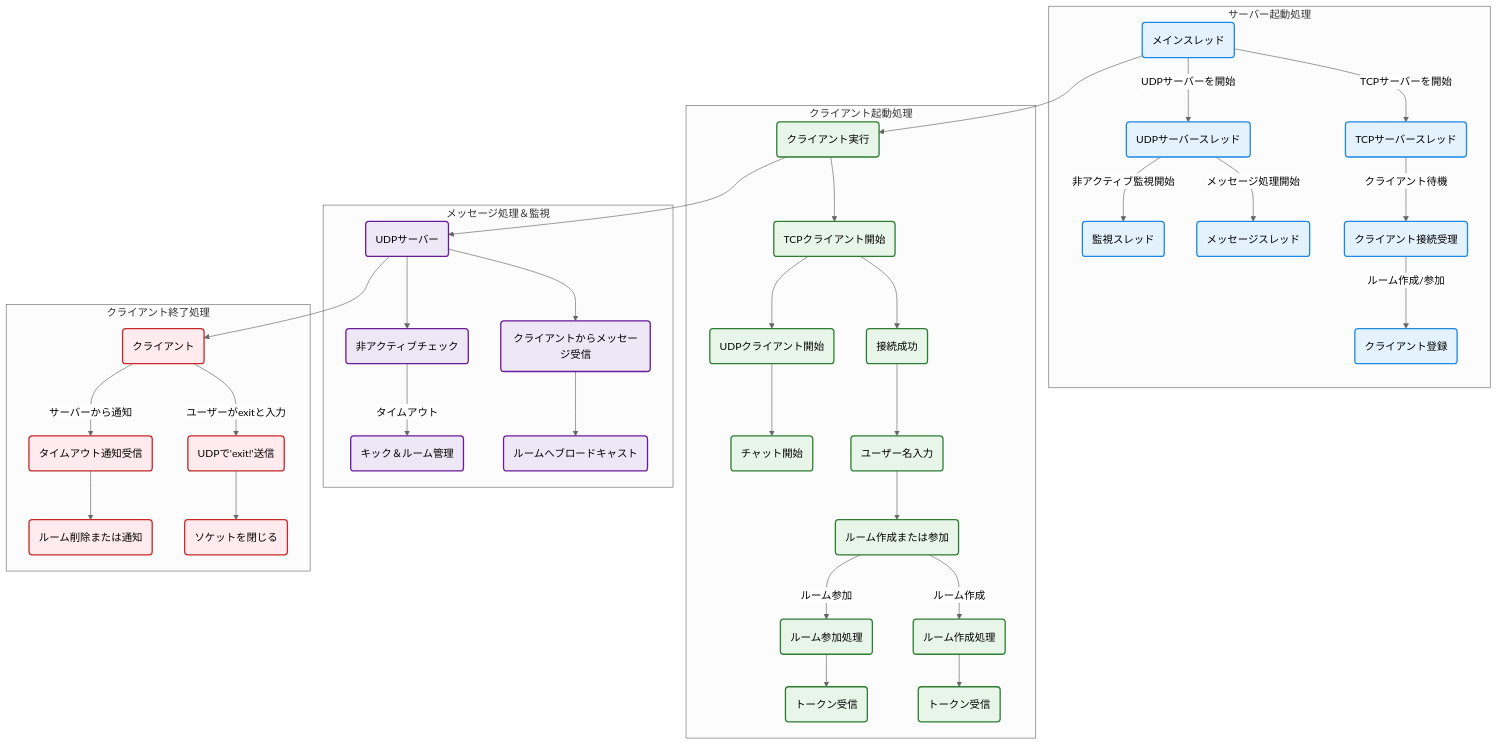
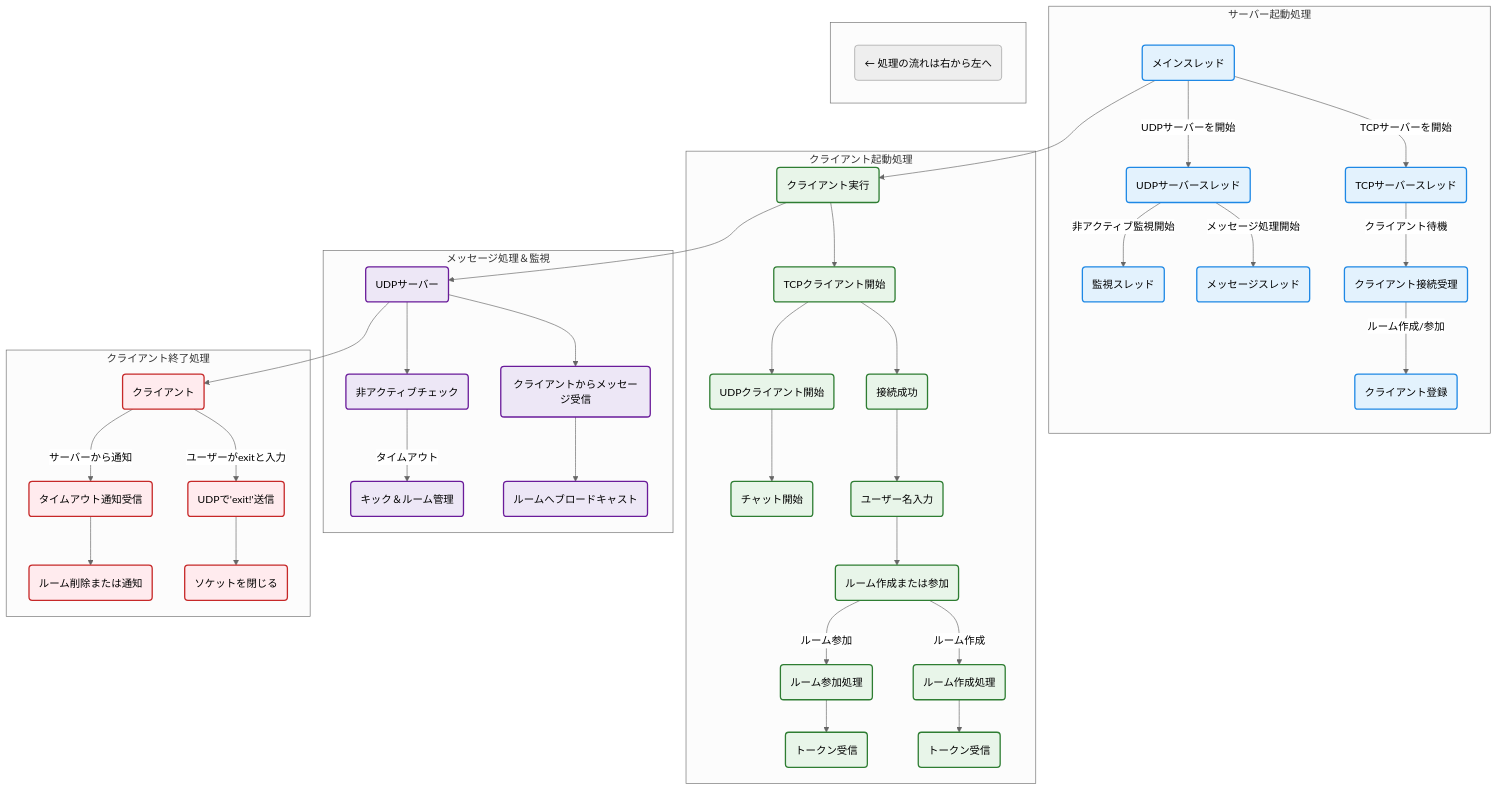
One commit to BackendExplorer/Tenshin changed the first of 4 diagrams in README.md. Above: the diagram before and after it, drawn with Mermaid (neutral theme).

````diff
--- a/README.md
+++ b/README.md
@@ -9,81 +9,88 @@
 
 %% サーバー起動
 subgraph サーバー起動[サーバー起動処理]
-A1(メインスレッド)
-A2(TCPサーバースレッド)
-A3(UDPサーバースレッド)
-A4(クライアント接続受理)
-A5(クライアント登録)
-A6(メッセージスレッド)
-A7(監視スレッド)
+    A1(メインスレッド)
+    A2(TCPサーバースレッド)
+    A3(UDPサーバースレッド)
+    A4(クライアント接続受理)
+    A5(クライアント登録)
+    A6(メッセージスレッド)
+    A7(監視スレッド)
 
-A1 -->|TCPサーバーを開始| A2
-A1 -->|UDPサーバーを開始| A3
-A2 -->|クライアント待機| A4
-A4 -->|ルーム作成/参加| A5
-A3 -->|メッセージ処理開始| A6
-A3 -->|非アクティブ監視開始| A7
+    A1 -->|TCPサーバーを開始| A2
+    A1 -->|UDPサーバーを開始| A3
+    A2 -->|クライアント待機| A4
+    A4 -->|ルーム作成/参加| A5
+    A3 -->|メッセージ処理開始| A6
+    A3 -->|非アクティブ監視開始| A7
 
-class A1,A2,A3,A4,A5,A6,A7 server
+    class A1,A2,A3,A4,A5,A6,A7 server
 end
 
 %% クライアント起動
 subgraph クライアント起動[クライアント起動処理]
-B1(クライアント実行)
-B2(TCPクライアント開始)
-B3(接続成功)
-B4(ユーザー名入力)
-B5(ルーム作成または参加)
-B6(ルーム作成処理)
-B7(トークン受信)
-B8(ルーム参加処理)
-B9(トークン受信)
-B10(UDPクライアント開始)
-B11(チャット開始)
+    B1(クライアント実行)
+    B2(TCPクライアント開始)
+    B3(接続成功)
+    B4(ユーザー名入力)
+    B5(ルーム作成または参加)
+    B6(ルーム作成処理)
+    B7(トークン受信)
+    B8(ルーム参加処理)
+    B9(トークン受信)
+    B10(UDPクライアント開始)
+    B11(チャット開始)
 
-B1 --> B2
-B2 --> B3
-B3 --> B4
-B4 --> B5
-B5 -->|ルーム作成| B6 --> B7
-B5 -->|ルーム参加| B8 --> B9
-B2 --> B10
-B10 --> B11
+    B1 --> B2
+    B2 --> B3
+    B3 --> B4
+    B4 --> B5
+    B5 -->|ルーム作成| B6 --> B7
+    B5 -->|ルーム参加| B8 --> B9
+    B2 --> B10
+    B10 --> B11
 
-class B1,B2,B3,B4,B5,B6,B7,B8,B9,B10,B11 client
+    class B1,B2,B3,B4,B5,B6,B7,B8,B9,B10,B11 client
 end
 
 %% サーバーメッセージ処理
 subgraph サーバーメッセージ処理[メッセージ処理＆監視]
-C1(UDPサーバー)
-C2(クライアントからメッセージ受信)
-C3(ルームへブロードキャスト)
-C4(非アクティブチェック)
-C5(キック＆ルーム管理)
+    C1(UDPサーバー)
+    C2(クライアントからメッセージ受信)
+    C3(ルームへブロードキャスト)
+    C4(非アクティブチェック)
+    C5(キック＆ルーム管理)
 
-C1 --> C2 --> C3
-C1 --> C4 -->|タイムアウト| C5
+    C1 --> C2 --> C3
+    C1 --> C4 -->|タイムアウト| C5
 
-class C1,C2,C3,C4,C5 messaging
+    class C1,C2,C3,C4,C5 messaging
 end
 
 %% クライアント終了
 subgraph クライアント終了[クライアント終了処理]
-D1(クライアント)
-D2(UDPで'exit!'送信)
-D3(ソケットを閉じる)
-D4(タイムアウト通知受信)
-D5(ルーム削除または通知)
+    D1(クライアント)
+    D2(UDPで'exit!'送信)
+    D3(ソケットを閉じる)
+    D4(タイムアウト通知受信)
+    D5(ルーム削除または通知)
 
-D1 -->|ユーザーがexitと入力| D2 --> D3
-D1 -->|サーバーから通知| D4 --> D5
+    D1 -->|ユーザーがexitと入力| D2 --> D3
+    D1 -->|サーバーから通知| D4 --> D5
 
-class D1,D2,D3,D4,D5 warning
+    class D1,D2,D3,D4,D5 warning
 end
 
-%% サブグラフ間接続（表示されないノードなし）
+%% 流れ接続（全体の連携）
 A1 --> B1
 B1 --> C1
 C1 --> D1
 
+%% 処理の流れを示す補助矢印（右→左のフローを下に追加）
+subgraph 処理フロー[ ]
+    direction RL
+    Z1(← 処理の流れは右から左へ)
+end
+
+
 ```
````
